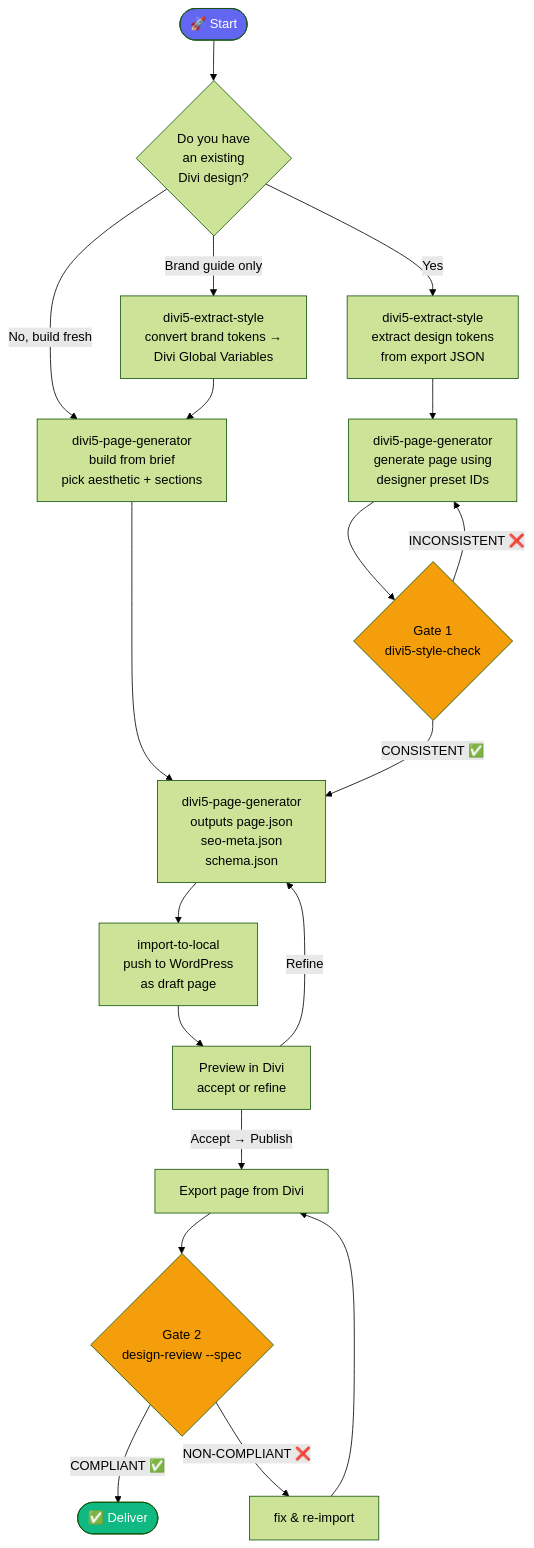
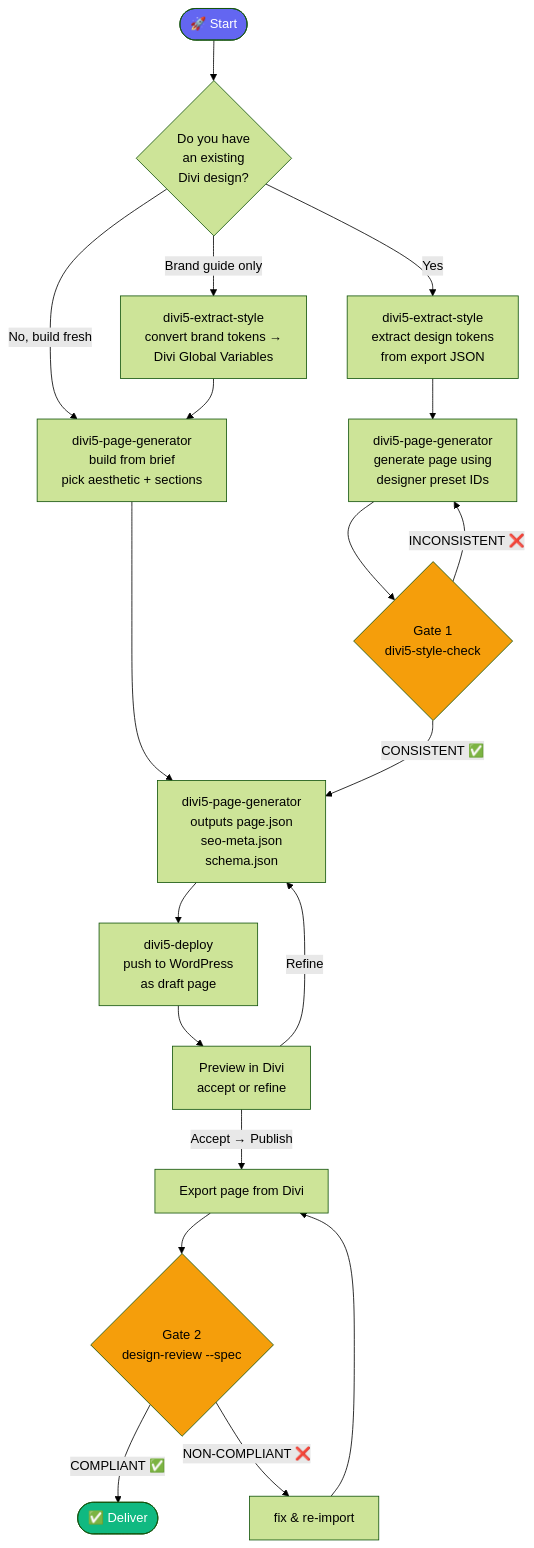
The first of 2 diagrams in README.md (Kieransaunders/D5G), drawn with Mermaid (forest theme) before and after one commit. The commit also changed other lines of this file and 14 other files, not shown here.

````diff
--- a/README.md
+++ b/README.md
@@ -22,32 +22,32 @@
 ```mermaid
 flowchart TD
     A([🚀 Start]) --> B{Do you have\nan existing\nDivi design?}
 
     B -- Yes --> C[divi5-extract-style\nextract design tokens\nfrom export JSON]
     B -- Brand guide only --> D[divi5-extract-style\nconvert brand tokens →\nDivi Global Variables]
     B -- No, build fresh --> E[divi5-page-generator\nbuild from brief\npick aesthetic + sections]
 
     C --> F[divi5-page-generator\ngenerate page using\ndesigner preset IDs]
     D --> E
 
     F --> G{Gate 1\ndivi5-style-check}
     E --> H[divi5-page-generator\noutputs page.json\nseo-meta.json\nschema.json]
 
     G -- CONSISTENT ✅ --> H
     G -- INCONSISTENT ❌ --> F
 
-    H --> I[import-to-local\npush to WordPress\nas draft page]
+    H --> I[divi5-deploy\npush to WordPress\nas draft page]
     I --> J[Preview in Divi\naccept or refine]
     J -- Refine --> H
     J -- Accept → Publish --> K[Export page from Divi]
 
     K --> L{Gate 2\ndesign-review --spec}
     L -- COMPLIANT ✅ --> M([✅ Deliver])
     L -- NON-COMPLIANT ❌ --> N[fix & re-import]
     N --> K
 
     style G fill:#f59e0b,color:#000
     style L fill:#f59e0b,color:#000
     style M fill:#10b981,color:#fff
     style A fill:#6366f1,color:#fff
 ```
````
